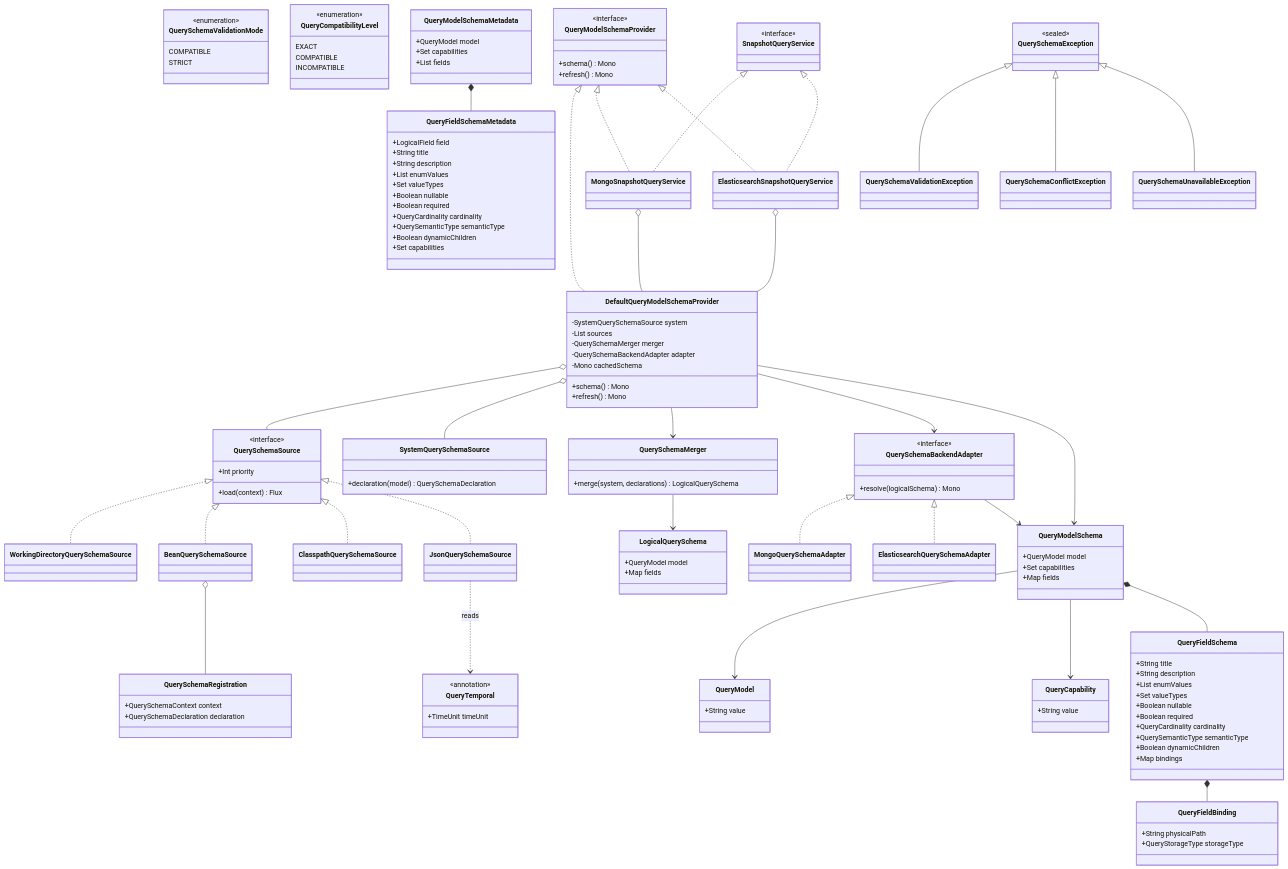
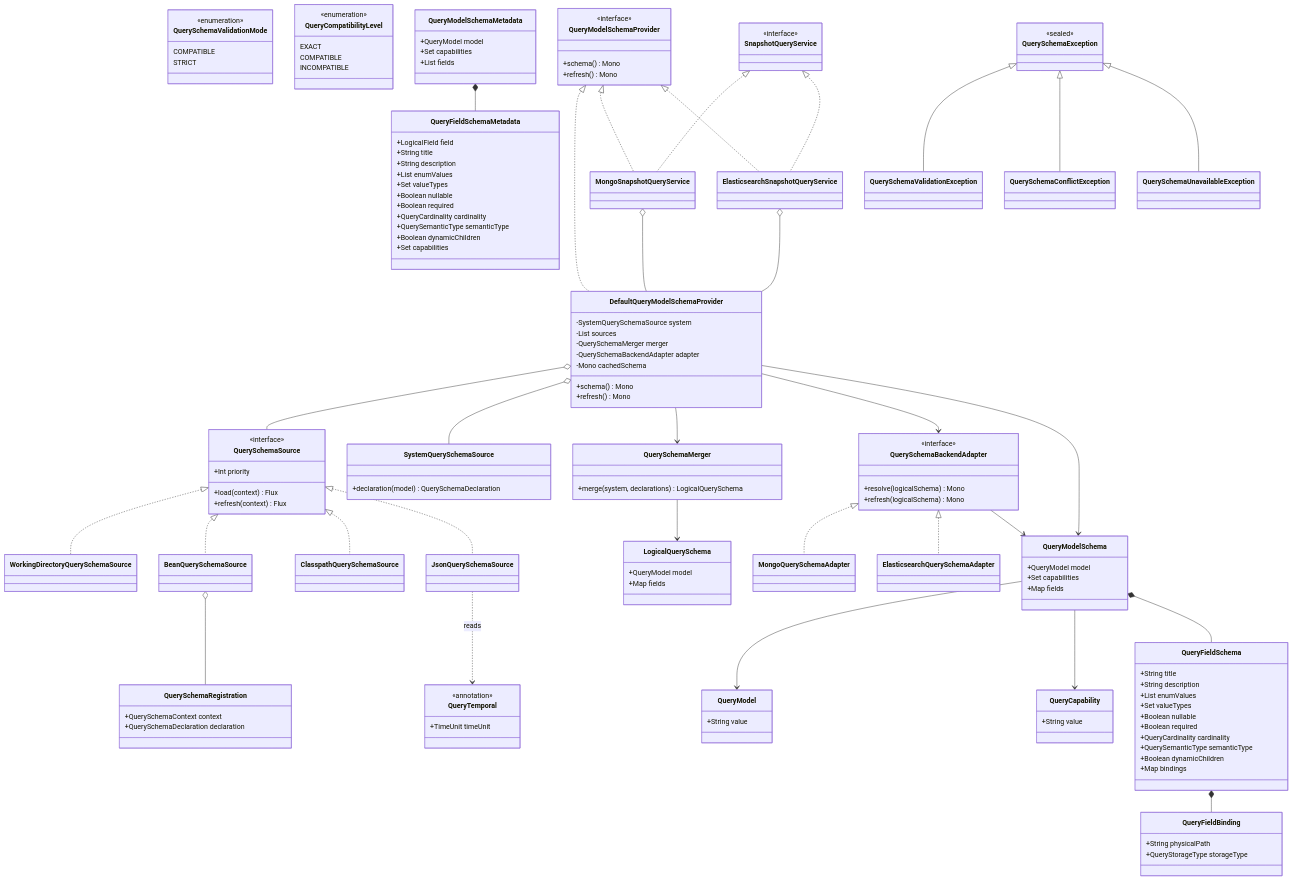
The fourth of 4 diagrams in docs/superpowers/specs/2026-08-26-query-model-schema-design.md (Ahoo-Wang/Wow), drawn with Mermaid before and after one commit. The commit also changed other lines of this file, not shown here.

Commit message:
docs(query): define schema refresh contracts

```diff
--- a/docs/superpowers/specs/2026-08-26-query-model-schema-design.md
+++ b/docs/superpowers/specs/2026-08-26-query-model-schema-design.md
@@ -1052,6 +1062,7 @@
         <<interface>>
         +Int priority
         +load(context) Flux
+        +refresh(context) Flux
     }
 
     class QuerySchemaRegistration {
@@ -1079,6 +1090,7 @@
     class QuerySchemaBackendAdapter {
         <<interface>>
         +resolve(logicalSchema) Mono
+        +refresh(logicalSchema) Mono
     }
 
     class MongoQuerySchemaAdapter
```
